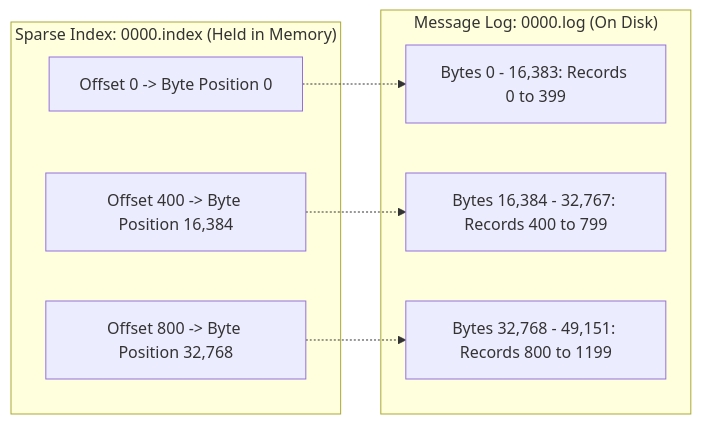
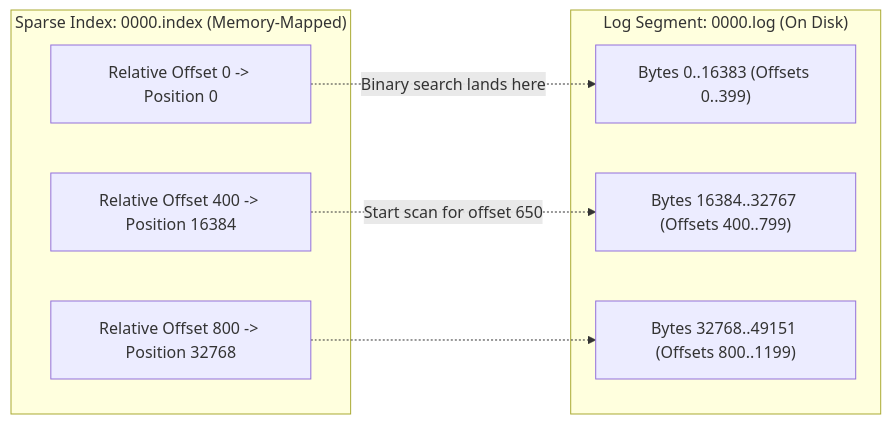
The first of 4 diagrams in content/roadmap/level-10/apache-kafka-internals.md (ravishankar2463/java_hub), drawn with Mermaid before and after one commit. The commit also changed other lines of this file and 119 other files, not shown here.

Commit message:
feat: add comprehensive java learning roadmap content across multiple levels

````diff
--- a/content/roadmap/level-10/apache-kafka-internals.md
+++ b/content/roadmap/level-10/apache-kafka-internals.md
@@ -78,18 +74,18 @@
 ```mermaid
 flowchart LR
-    subgraph SparseIndex["Sparse Index: 0000.index (Held in Memory)"]
-        I1["Offset 0 -> Byte Position 0"]
-        I2["Offset 400 -> Byte Position 16,384"]
-        I3["Offset 800 -> Byte Position 32,768"]
+    subgraph SparseIndex["Sparse Index: 0000.index (Memory-Mapped)"]
+        I1["Relative Offset 0 -> Position 0"]
+        I2["Relative Offset 400 -> Position 16384"]
+        I3["Relative Offset 800 -> Position 32768"]
     end
 
-    subgraph LogSegment["Message Log: 0000.log (On Disk)"]
-        M1["Bytes 0 - 16,383: Records 0 to 399"]
-        M2["Bytes 16,384 - 32,767: Records 400 to 799"]
-        M3["Bytes 32,768 - 49,151: Records 800 to 1199"]
+    subgraph LogSegment["Log Segment: 0000.log (On Disk)"]
+        M1["Bytes 0..16383 (Offsets 0..399)"]
+        M2["Bytes 16384..32767 (Offsets 400..799)"]
+        M3["Bytes 32768..49151 (Offsets 800..1199)"]
     end
 
-    I1 -.-> M1
-    I2 -.-> M2
+    I1 -.->|"Binary search lands here"| M1
+    I2 -.->|"Start scan for offset 650"| M2
     I3 -.-> M3
 ```
````
